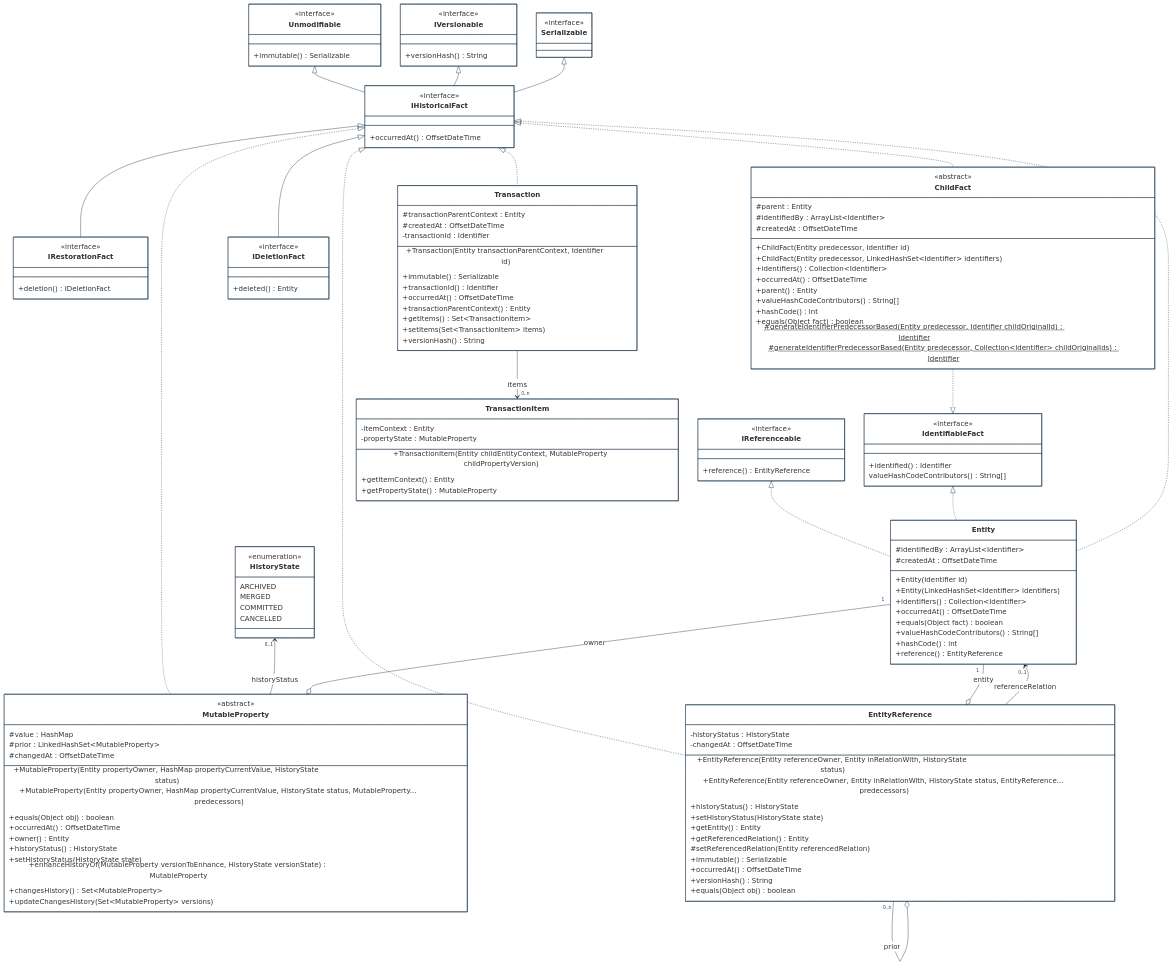
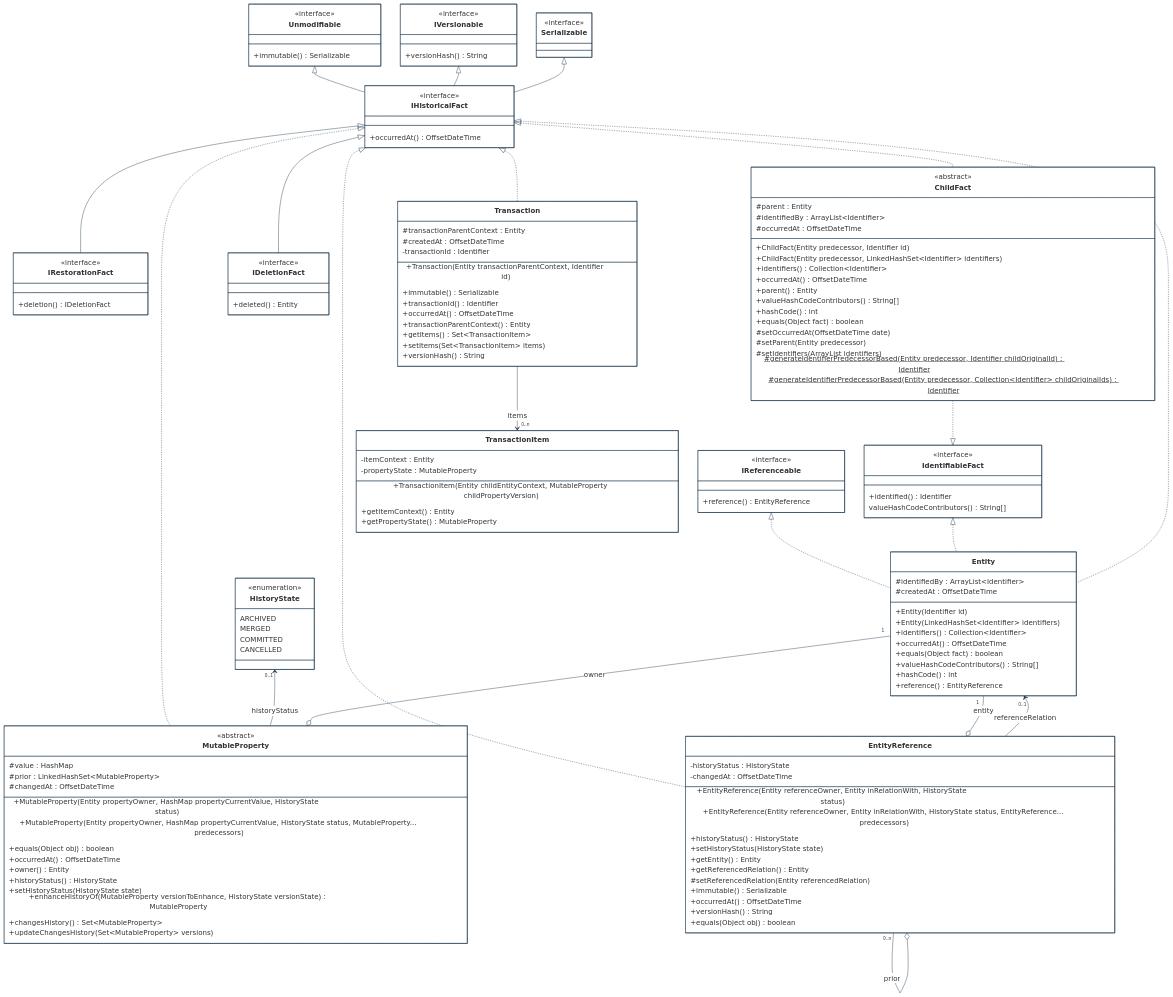
The first of 8 diagrams in implementations-line/framework/immutable/designview-packages.md (cybnity/foundation), drawn with Mermaid before and after one commit. The commit also changed other lines of this file and 10 other files, not shown here.

```diff
--- a/implementations-line/framework/immutable/designview-packages.md
+++ b/implementations-line/framework/immutable/designview-packages.md
@@ -183,7 +184,7 @@
         <<abstract>>
         #parent : Entity
         #identifiedBy : ArrayList~Identifier~
-        #createdAt : OffsetDateTime
+        #occurredAt : OffsetDateTime
         +ChildFact(Entity predecessor, Identifier id)
         +ChildFact(Entity predecessor, LinkedHashSet~Identifier~ identifiers)
         +identifiers() Collection~Identifier~
@@ -192,6 +193,9 @@
         +valueHashCodeContributors() String[]
         +hashCode() int
         +equals(Object fact) boolean
+        #setOccurredAt(OffsetDateTime date)
+        #setParent(Entity predecessor)
+        #setIdentifiers(ArrayList<Identifier> identifiers)
         #generateIdentifierPredecessorBased(Entity predecessor, Identifier childOriginalId)$ Identifier
         #generateIdentifierPredecessorBased(Entity predecessor, Collection~Identifier~ childOriginalIds)$ Identifier
     }
```
